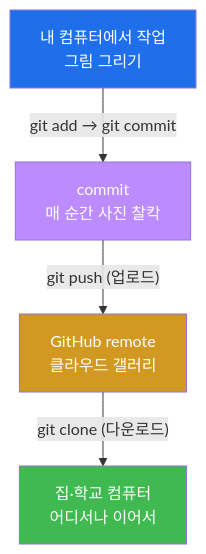
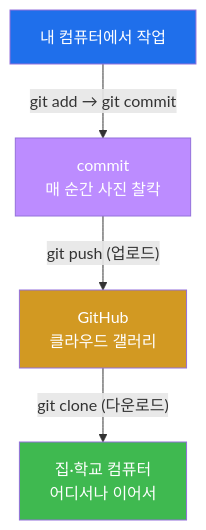
Before and after one commit to mrgrit/easy_web_hacking_class: the second of 8 diagrams in contents/training/lecture_week02.md, drawn with Mermaid. The commit also changed other lines of this file and 68 other files, not shown here.

````diff
--- a/contents/training/lecture_week02.md
+++ b/contents/training/lecture_week02.md
@@ -170,14 +185,14 @@
 ```mermaid
 graph TB
-    WORK["내 컴퓨터에서 작업<br/>그림 그리기"]
+    WORK["내 컴퓨터에서 작업"]
     SAVE["commit<br/>매 순간 사진 찰칵"]
-    CLOUD["GitHub remote<br/>클라우드 갤러리"]
+    CLOUD["GitHub<br/>클라우드 갤러리"]
     HOME["집·학교 컴퓨터<br/>어디서나 이어서"]
     WORK -->|"git add → git commit"| SAVE
     SAVE -->|"git push (업로드)"| CLOUD
     CLOUD -->|"git clone (다운로드)"| HOME
     style WORK fill:#1f6feb,color:#fff
     style SAVE fill:#bc8cff,color:#fff
     style CLOUD fill:#d29922,color:#fff
     style HOME fill:#3fb950,color:#fff
 ```
````
